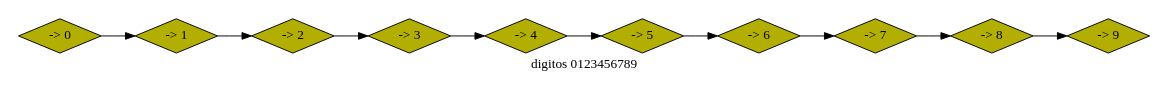
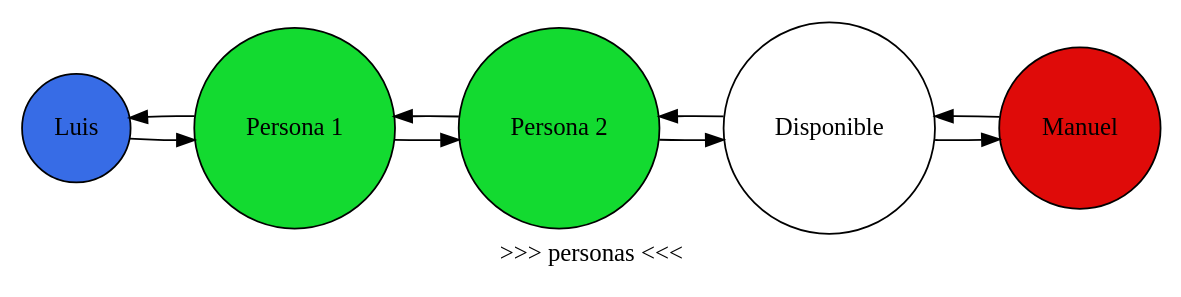
One commit to bram814/-LFP-Proyecto2_201800937 changed the diagram in Imagen_Reporte.gv. Above: the diagram before and after it, drawn with Graphviz. The commit also changed 4 other files, not shown here.

```diff
--- a/Imagen_Reporte.gv
+++ b/Imagen_Reporte.gv
@@ -1,24 +1,18 @@
 digraph Imagen_Reporte {
 	rankdir=LR size="8,5"
-	node [shape=diamond]
-	"-> 0" [fillcolor="#b3af02" style=filled]
-	"-> 1" [fillcolor="#b3af02" style=filled]
-	"-> 2" [fillcolor="#b3af02" style=filled]
-	"-> 3" [fillcolor="#b3af02" style=filled]
-	"-> 4" [fillcolor="#b3af02" style=filled]
-	"-> 5" [fillcolor="#b3af02" style=filled]
-	"-> 6" [fillcolor="#b3af02" style=filled]
-	"-> 7" [fillcolor="#b3af02" style=filled]
-	"-> 8" [fillcolor="#b3af02" style=filled]
-	"-> 9" [fillcolor="#b3af02" style=filled]
-	"-> 0" -> "-> 1" [label=""]
-	"-> 1" -> "-> 2" [label=""]
-	"-> 2" -> "-> 3" [label=""]
-	"-> 3" -> "-> 4" [label=""]
-	"-> 4" -> "-> 5" [label=""]
-	"-> 5" -> "-> 6" [label=""]
-	"-> 6" -> "-> 7" [label=""]
-	"-> 7" -> "-> 8" [label=""]
-	"-> 8" -> "-> 9" [label=""]
-	label="digitos 0123456789"
+	node [shape=circle]
+	Luis [fillcolor="#376ce6" style=filled]
+	"Persona 1" [fillcolor="#13da30" style=filled]
+	"Persona 2" [fillcolor="#13da30" style=filled]
+	Disponible [fillcolor="#ffffff" style=filled]
+	Manuel [fillcolor="#df0b09" style=filled]
+	Luis -> "Persona 1" [label=""]
+	"Persona 1" -> Luis [label=""]
+	"Persona 1" -> "Persona 2" [label=""]
+	"Persona 2" -> "Persona 1" [label=""]
+	"Persona 2" -> Disponible [label=""]
+	Disponible -> "Persona 2" [label=""]
+	Disponible -> Manuel [label=""]
+	Manuel -> Disponible [label=""]
+	label=">>> personas <<<"
 }
```
